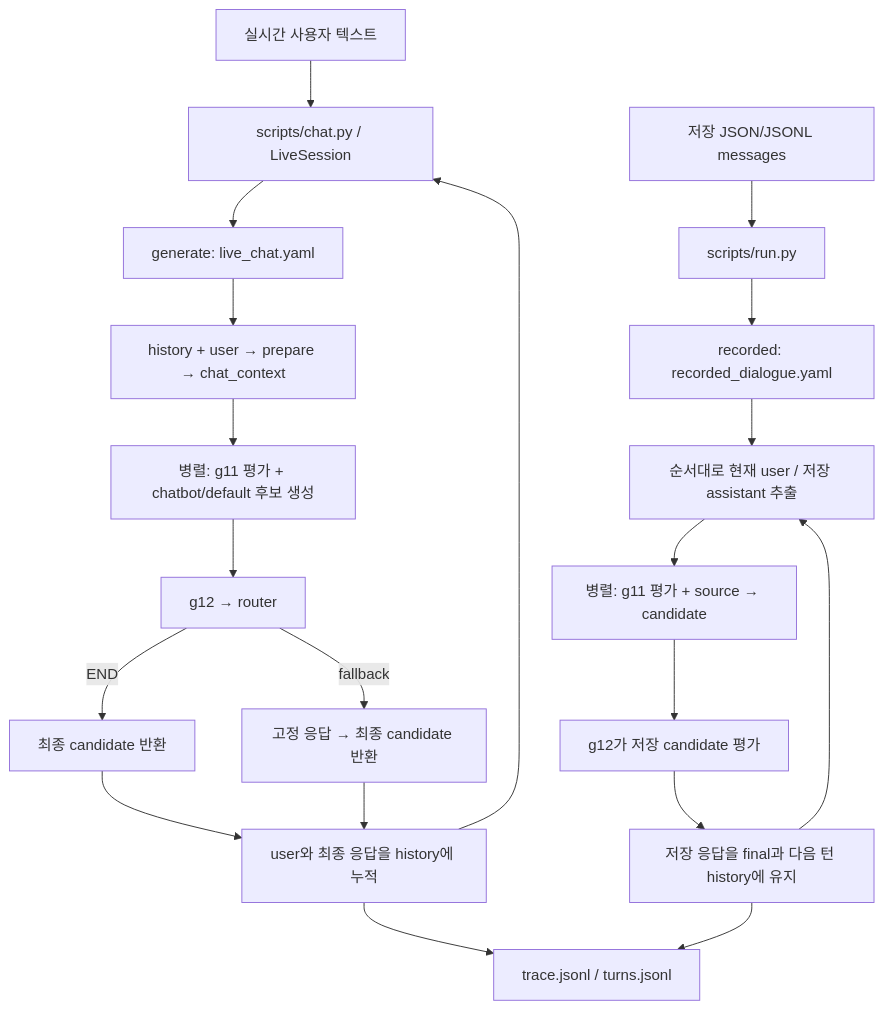
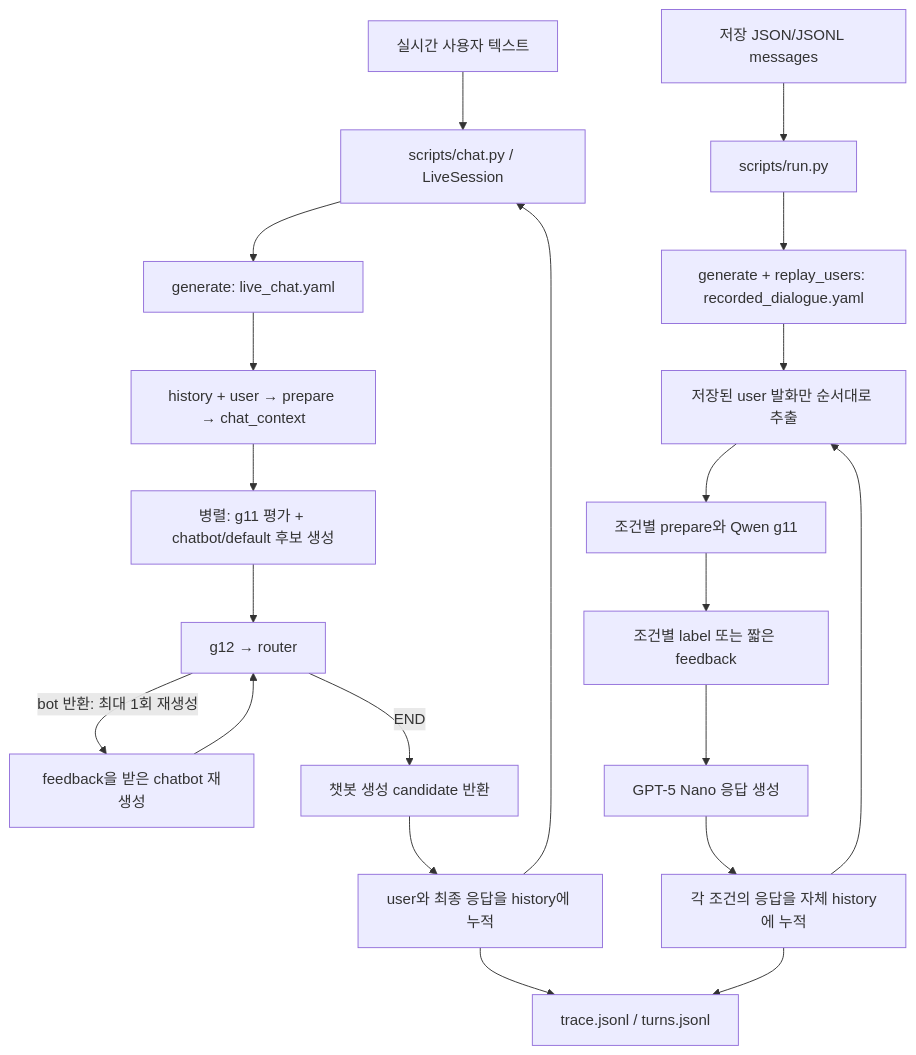
The diagram in guardbench/README.md (yujinoh0103/guardrail-chatbot), drawn with Mermaid before and after one commit. The commit also changed other lines of this file and 26 other files, not shown here.

````diff
--- a/guardbench/README.md
+++ b/guardbench/README.md
@@ -411,24 +1114,25 @@
 ```mermaid
 flowchart TD
   U[실시간 사용자 텍스트] --> CHAT[scripts/chat.py / LiveSession]
   CHAT --> LIVE[generate: live_chat.yaml]
   LIVE --> PREP[history + user → prepare → chat_context]
   PREP --> PAR[병렬: g11 평가 + chatbot/default 후보 생성]
   PAR --> G12[g12 → router]
-  G12 -->|END| FINAL[최종 candidate 반환]
-  G12 -->|fallback| FALLBACK[고정 응답 → 최종 candidate 반환]
+  G12 -->|bot 반환: 최대 1회 재생성| RETRY[feedback을 받은 chatbot 재생성]
+  RETRY --> G12
+  G12 -->|END| FINAL[챗봇 생성 candidate 반환]
   FINAL --> HISTORY[user와 최종 응답을 history에 누적]
-  FALLBACK --> HISTORY
   HISTORY --> CHAT
 
   FILE[저장 JSON/JSONL messages] --> RUN[scripts/run.py]
-  RUN --> REC[recorded: recorded_dialogue.yaml]
-  REC --> PAIR[순서대로 현재 user / 저장 assistant 추출]
-  PAIR --> SOURCE[병렬: g11 평가 + source → candidate]
-  SOURCE --> EVAL[g12가 저장 candidate 평가]
-  EVAL --> KEEP[저장 응답을 final과 다음 턴 history에 유지]
+  RUN --> REC[generate + replay_users: recorded_dialogue.yaml]
+  REC --> PAIR[저장된 user 발화만 순서대로 추출]
+  PAIR --> SOURCE[조건별 prepare와 Qwen g11]
+  SOURCE --> EVAL[조건별 label 또는 짧은 feedback]
+  EVAL --> BOT[GPT-5 Nano 응답 생성]
+  BOT --> KEEP[각 조건의 응답을 자체 history에 누적]
   KEEP --> PAIR
 
   HISTORY --> LOG[trace.jsonl / turns.jsonl]
   KEEP --> LOG
 ```
````
